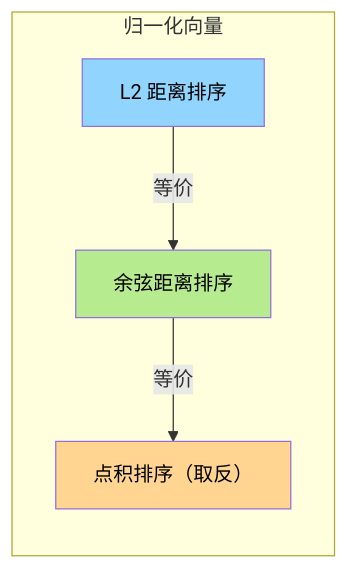
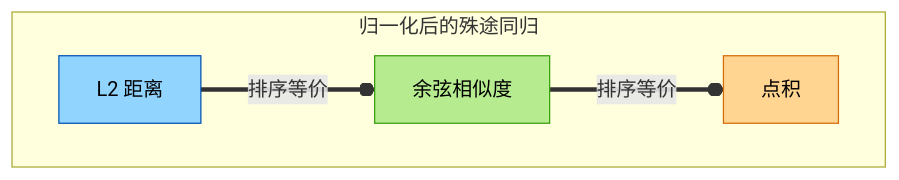
Before and after one commit to ThreeFish-AI/agentic-ai-cognizes: diagram 27 of 38 in docs/research/003-vector-search-algorithm.md, drawn with Mermaid. The commit also changed other lines of this file, not shown here.

````diff
--- a/docs/research/003-vector-search-algorithm.md
+++ b/docs/research/003-vector-search-algorithm.md
@@ -2015,11 +2030,16 @@
 ```mermaid
 graph LR
-    subgraph "归一化向量"
-        L2[L2 距离排序] --> |"等价"| COS[余弦距离排序]
-        COS --> |"等价"| DOT[点积排序（取反）]
+    subgraph "归一化后的殊途同归"
+        direction LR
+        L2[L2 距离]
+        COS[余弦相似度]
+        DOT[点积]
+
+        L2 == "排序等价" ==o COS
+        COS == "排序等价" ==o DOT
     end
 
-    style L2 fill:#91d5ff,color:#000000
-    style COS fill:#b7eb8f,color:#000000
-    style DOT fill:#ffd591,color:#000000
+    style L2 fill:#91d5ff,stroke:#0050b3,color:#000000
+    style COS fill:#b7eb8f,stroke:#389e0d,color:#000000
+    style DOT fill:#ffd591,stroke:#d46b08,color:#000000
 ```
````
